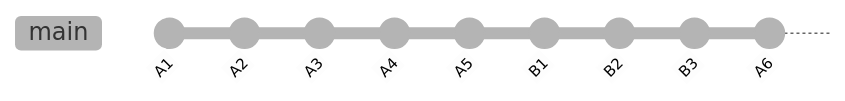
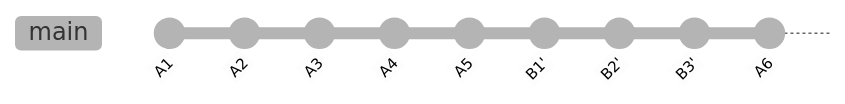
The second of 4 diagrams in src/content/blog/2-rebase-is-evil.md (Napolitain/napolitain.github.io), drawn with Mermaid (neutral theme) before and after one commit. The commit also changed other lines of this file, not shown here.

````diff
--- a/src/content/blog/2-rebase-is-evil.md
+++ b/src/content/blog/2-rebase-is-evil.md
@@ -44,12 +42,12 @@
 ```mermaid
 gitGraph
    commit id: "A1"
    commit id: "A2"
    commit id: "A3"
    commit id: "A4"
    commit id: "A5"
-   commit id: "B1"
-   commit id: "B2"
-   commit id: "B3"
+   commit id: "B1'"
+   commit id: "B2'"
+   commit id: "B3'"
    commit id: "A6"
 ```
````
